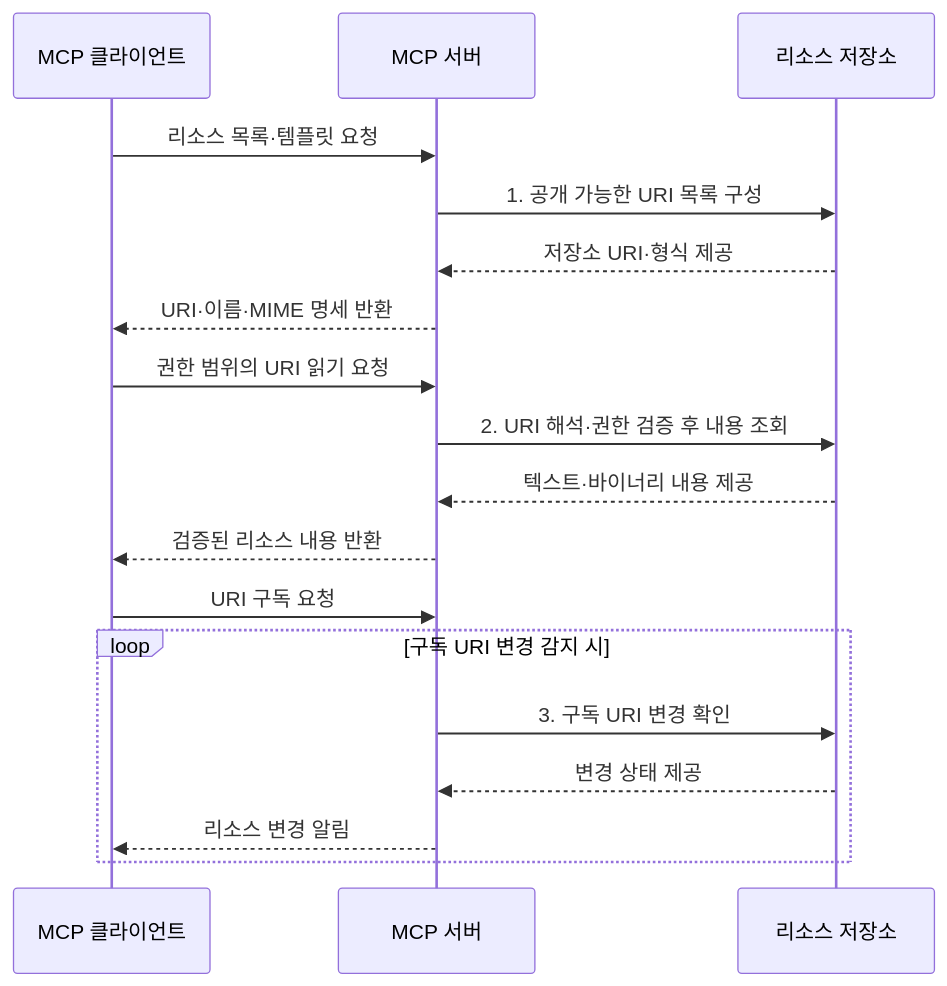
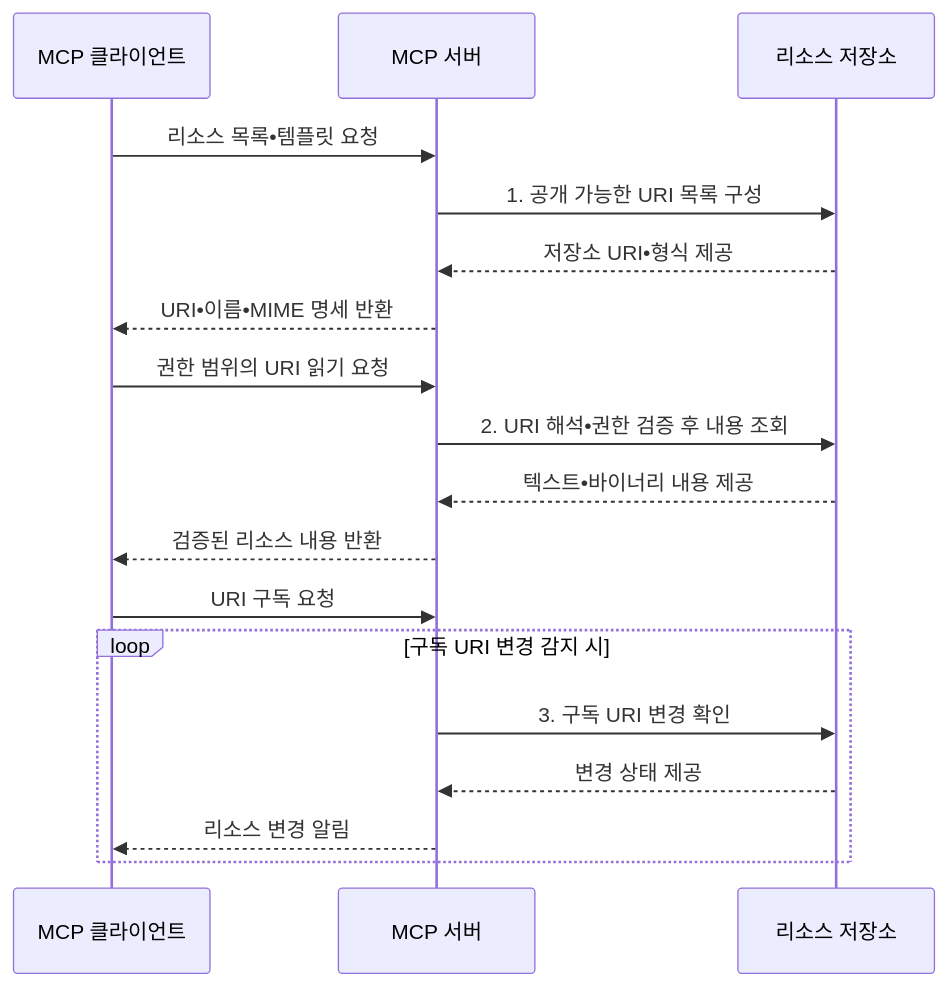
The second of 2 diagrams in src/content/docs/notes/08-latest-tech/009_mcp_resource.md (agnusdei1207/knowledge-base), drawn with Mermaid before and after one commit. The commit also changed other lines of this file and 953 other files, not shown here.

````diff
--- a/src/content/docs/notes/08-latest-tech/009_mcp_resource.md
+++ b/src/content/docs/notes/08-latest-tech/009_mcp_resource.md
@@ -99,20 +99,20 @@
 ```mermaid
 sequenceDiagram
     participant C as MCP 클라이언트
     participant S as MCP 서버
     participant B as 리소스 저장소
-    C->>S: 리소스 목록·템플릿 요청
+    C->>S: 리소스 목록•템플릿 요청
     S->>B: 1. 공개 가능한 URI 목록 구성
-    B-->>S: 저장소 URI·형식 제공
-    S-->>C: URI·이름·MIME 명세 반환
+    B-->>S: 저장소 URI•형식 제공
+    S-->>C: URI•이름•MIME 명세 반환
     C->>S: 권한 범위의 URI 읽기 요청
-    S->>B: 2. URI 해석·권한 검증 후 내용 조회
-    B-->>S: 텍스트·바이너리 내용 제공
+    S->>B: 2. URI 해석•권한 검증 후 내용 조회
+    B-->>S: 텍스트•바이너리 내용 제공
     S-->>C: 검증된 리소스 내용 반환
     C->>S: URI 구독 요청
     loop 구독 URI 변경 감지 시
         S->>B: 3. 구독 URI 변경 확인
         B-->>S: 변경 상태 제공
         S-->>C: 리소스 변경 알림
     end
 ```
````
